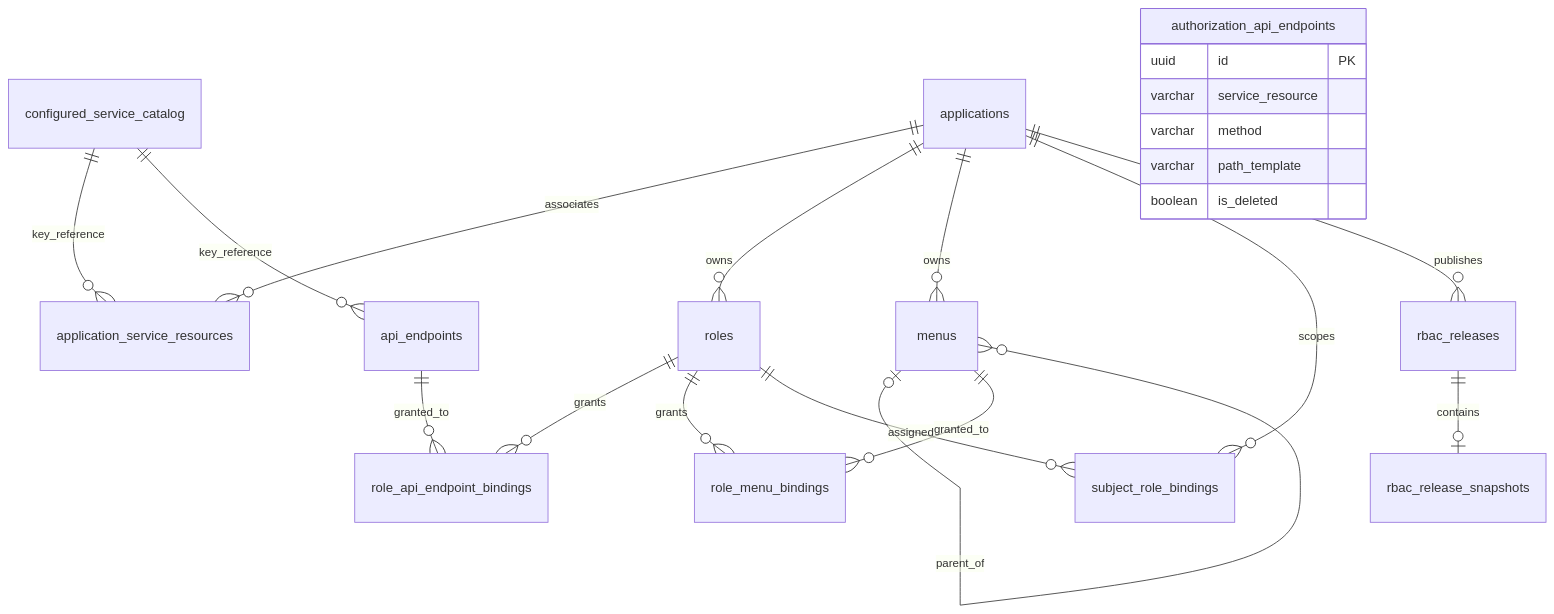
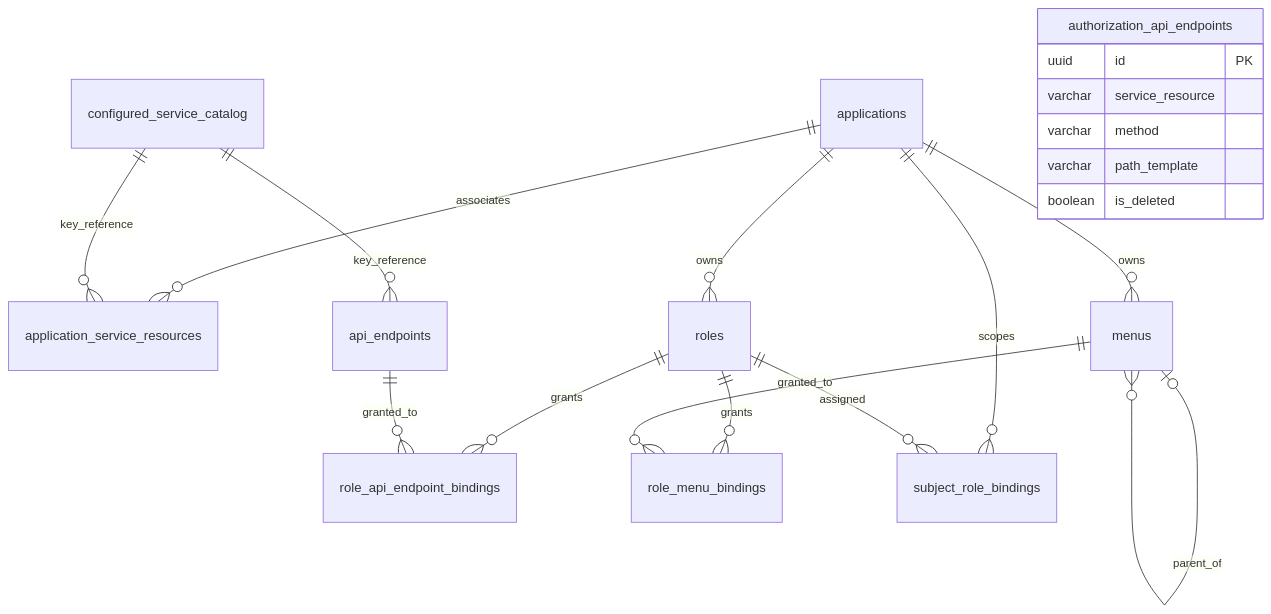
Before and after one commit to Zevlune/NexusAuthorization: the diagram in doc/current-database-schema.md, drawn with Mermaid. The commit also changed other lines of this file and 54 other files, not shown here.

````diff
--- a/doc/current-database-schema.md
+++ b/doc/current-database-schema.md
@@ -252,24 +232,22 @@
 ```mermaid
 erDiagram
     applications ||--o{ application_service_resources : associates
     configured_service_catalog ||--o{ application_service_resources : key_reference
     configured_service_catalog ||--o{ api_endpoints : key_reference
     applications ||--o{ roles : owns
     applications ||--o{ menus : owns
     menus |o--o{ menus : parent_of
     roles ||--o{ role_api_endpoint_bindings : grants
     api_endpoints ||--o{ role_api_endpoint_bindings : granted_to
     roles ||--o{ role_menu_bindings : grants
     menus ||--o{ role_menu_bindings : granted_to
     applications ||--o{ subject_role_bindings : scopes
     roles ||--o{ subject_role_bindings : assigned
-    applications ||--o{ rbac_releases : publishes
-    rbac_releases ||--o| rbac_release_snapshots : contains
     authorization_api_endpoints {
         uuid id PK
         varchar service_resource
         varchar method
         varchar path_template
         boolean is_deleted
     }
 ```
````
